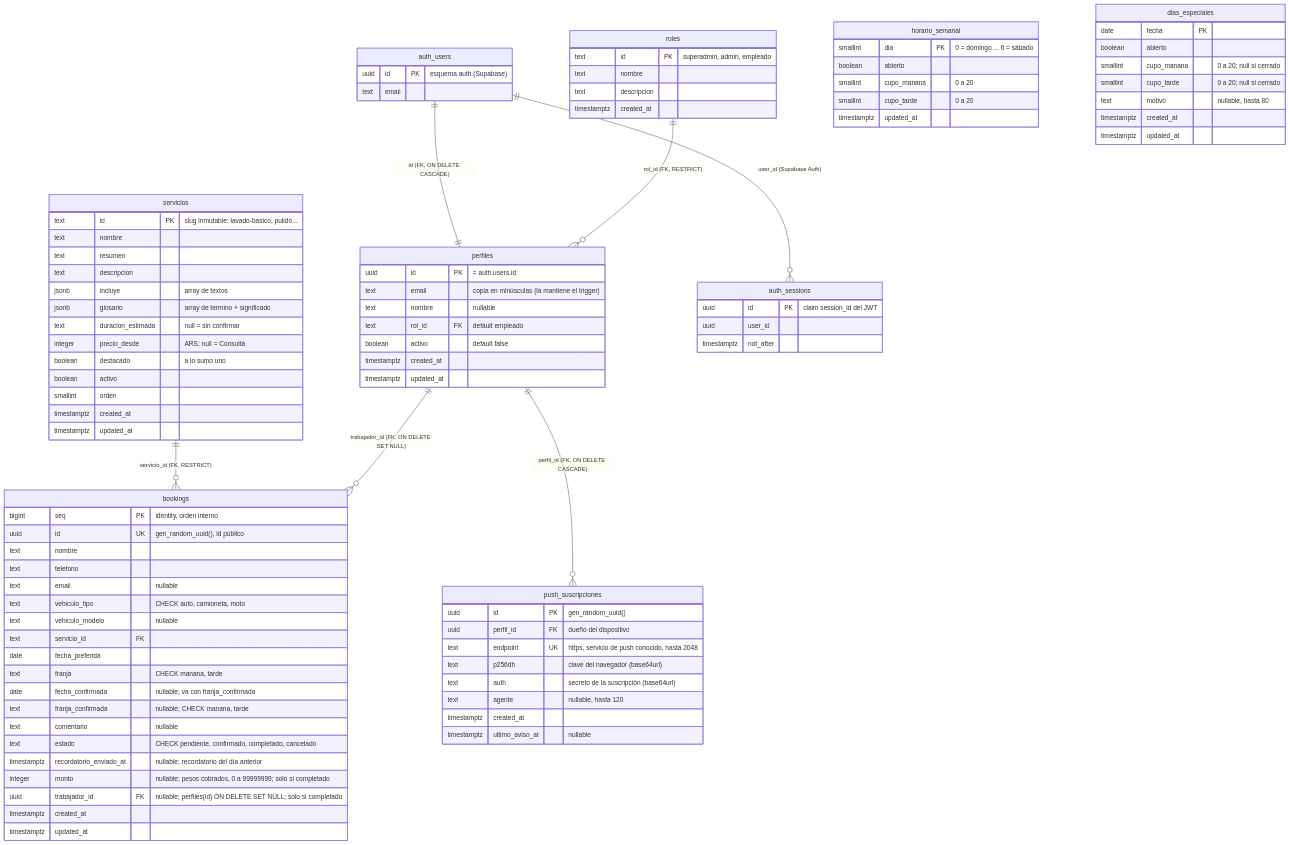
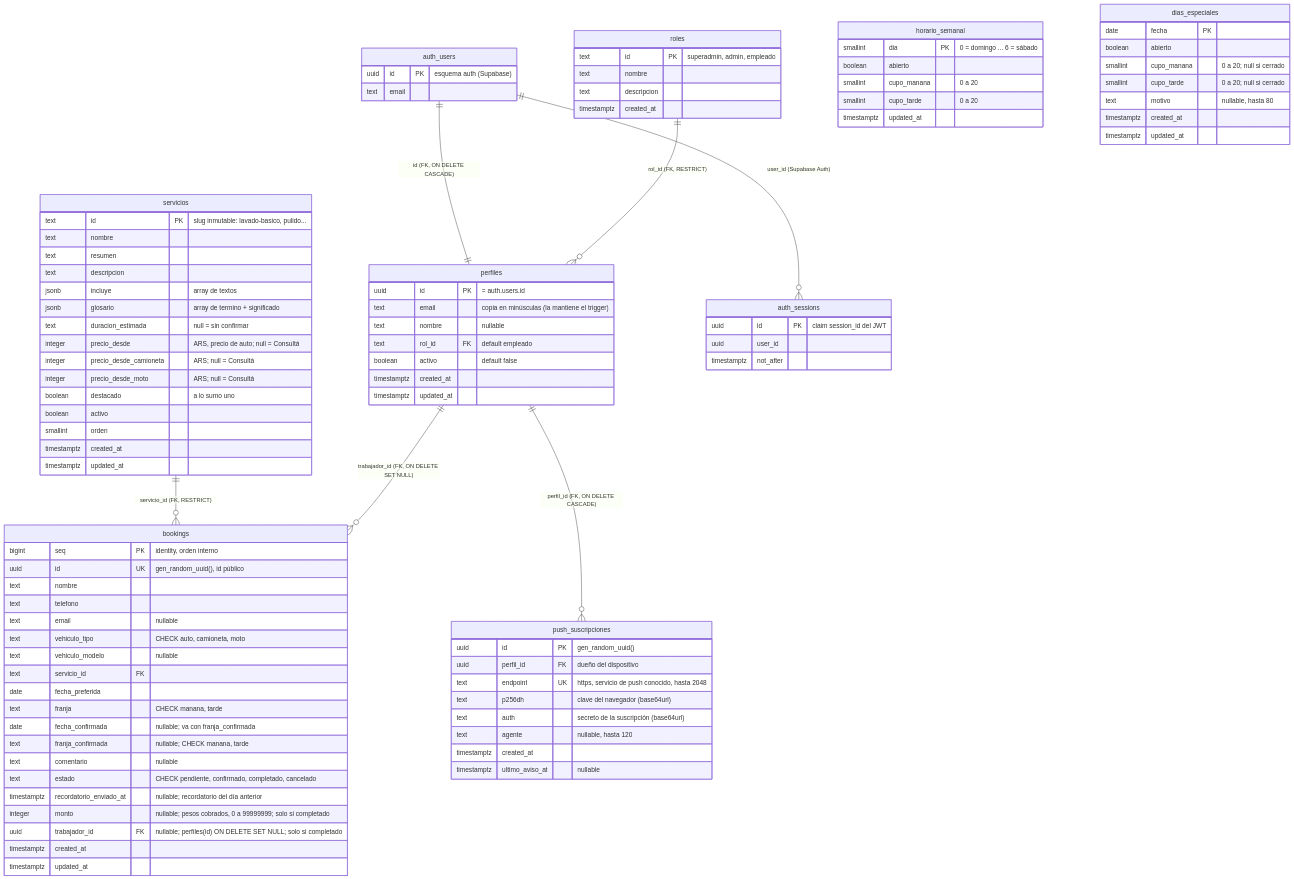
The diagram in backend/README.md (MateoGimenez/MgDetail), drawn with Mermaid before and after one commit. The commit also changed other lines of this file and 42 other files, not shown here.

First line of the commit message:
feat: precios por tipo de vehiculo (auto, camioneta, moto) editables desde el panel

```diff
--- a/backend/README.md
+++ b/backend/README.md
@@ -204,7 +204,9 @@
         jsonb incluye "array de textos"
         jsonb glosario "array de termino + significado"
         text duracion_estimada "null = sin confirmar"
-        integer precio_desde "ARS; null = Consultá"
+        integer precio_desde "ARS, precio de auto; null = Consultá"
+        integer precio_desde_camioneta "ARS; null = Consultá"
+        integer precio_desde_moto "ARS; null = Consultá"
         boolean destacado "a lo sumo uno"
         boolean activo
         smallint orden
```
